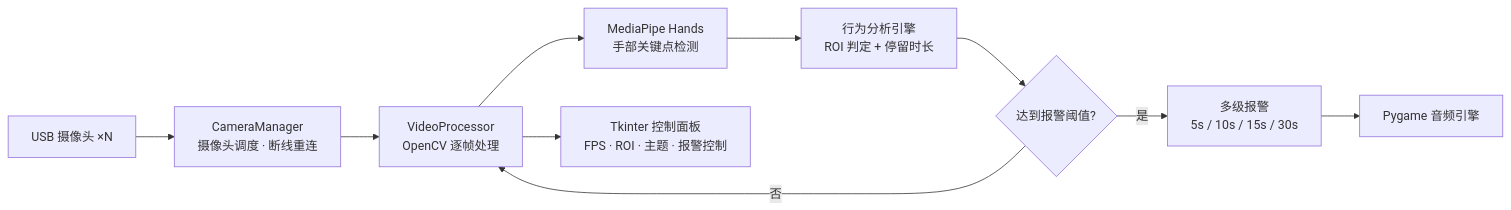
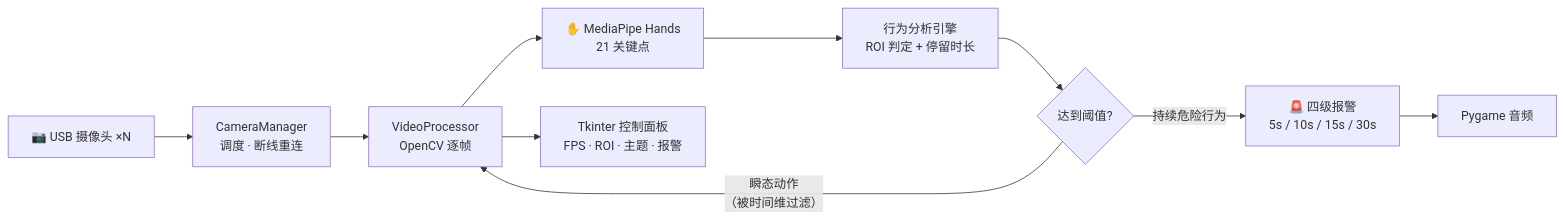
Before and after one commit to Trueysh/ICU_Mediapipe: the diagram in README.md, drawn with Mermaid. The commit also changed other lines of this file, not shown here.

````diff
--- a/README.md
+++ b/README.md
@@ -29,12 +39,12 @@
 ```mermaid
 flowchart LR
-    A["USB 摄像头 ×N"] --> B["CameraManager<br/>摄像头调度 · 断线重连"]
-    B --> C["VideoProcessor<br/>OpenCV 逐帧处理"]
-    C --> D["MediaPipe Hands<br/>手部关键点检测"]
+    A["📷 USB 摄像头 ×N"] --> B["CameraManager<br/>调度 · 断线重连"]
+    B --> C["VideoProcessor<br/>OpenCV 逐帧"]
+    C --> D["✋ MediaPipe Hands<br/>21 关键点"]
     D --> E["行为分析引擎<br/>ROI 判定 + 停留时长"]
-    E --> F{"达到报警阈值?"}
-    F -->|否| C
-    F -->|是| G["多级报警<br/>5s / 10s / 15s / 30s"]
-    G --> H["Pygame 音频引擎"]
-    C --> I["Tkinter 控制面板<br/>FPS · ROI · 主题 · 报警控制"]
+    E --> F{"达到阈值?"}
+    F -->|"瞬态动作<br/>（被时间维过滤）"| C
+    F -->|"持续危险行为"| G["🚨 四级报警<br/>5s / 10s / 15s / 30s"]
+    G --> H["Pygame 音频"]
+    C --> I["Tkinter 控制面板<br/>FPS · ROI · 主题 · 报警"]
 ```
````
